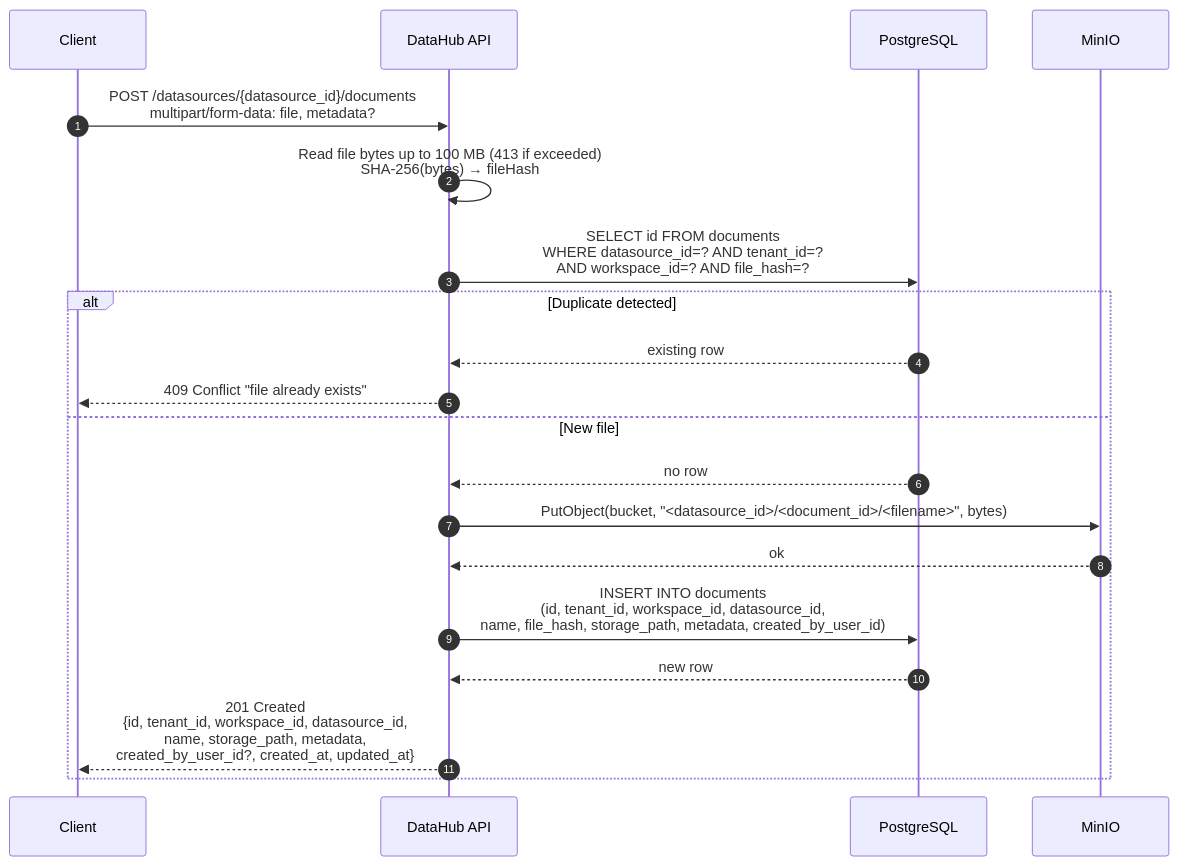
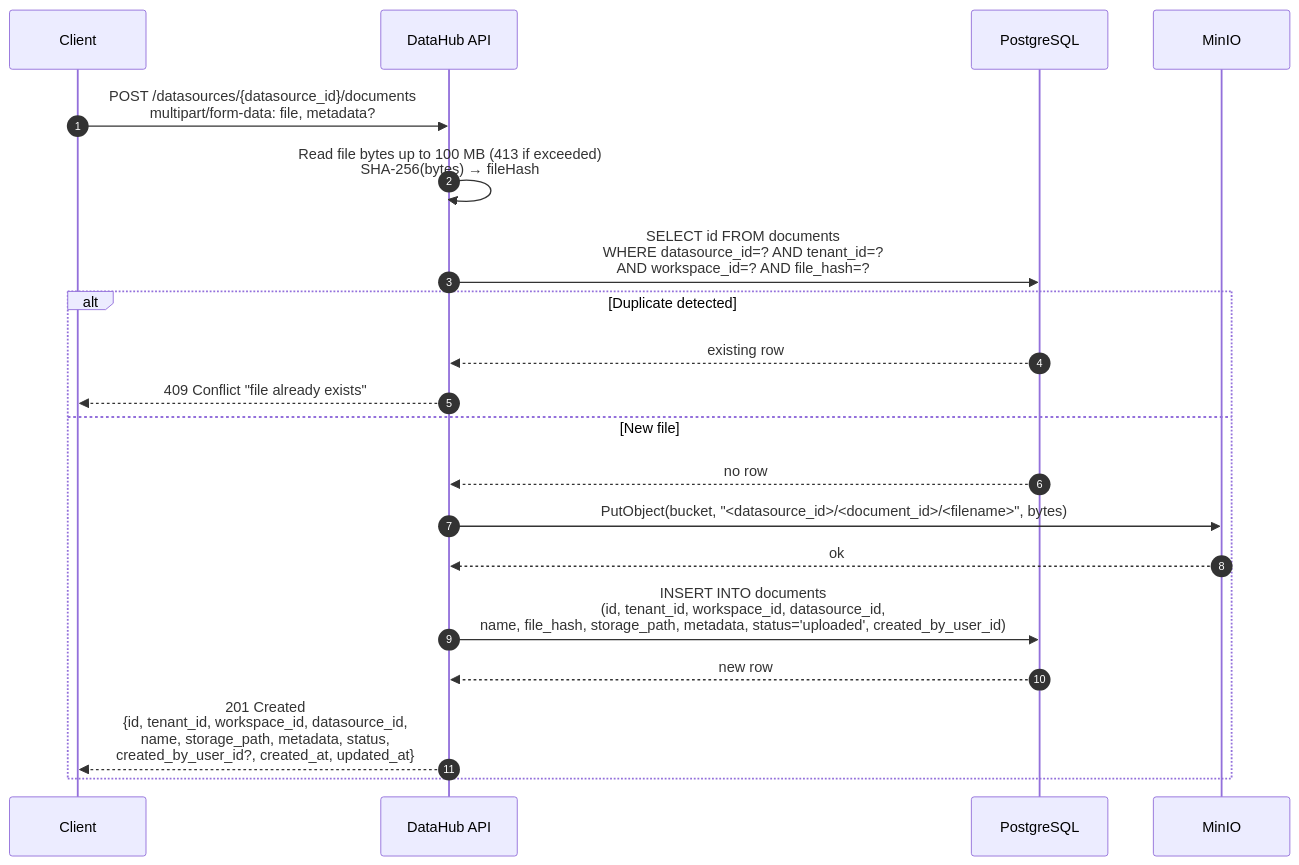
The third of 11 diagrams in docs/architecture/datahub/sequence.md (Andrew-Bu1/Agent-Platform), drawn with Mermaid before and after one commit. The commit also changed other lines of this file and 9 other files, not shown here.

First line of the commit message:
fix(datahub): align schema, models, repos, and docs with actual column names

````diff
--- a/docs/architecture/datahub/sequence.md
+++ b/docs/architecture/datahub/sequence.md
@@ -231,23 +231,23 @@
 ```mermaid
 sequenceDiagram
     autonumber
     participant C as Client
     participant DH as DataHub API
     participant DB as PostgreSQL
     participant Minio as MinIO
 
     C->>DH: POST /datasources/{datasource_id}/documents<br/>multipart/form-data: file, metadata?
     DH->>DH: Read file bytes up to 100 MB (413 if exceeded)<br/>SHA-256(bytes) → fileHash
     DH->>DB: SELECT id FROM documents<br/>WHERE datasource_id=? AND tenant_id=?<br/>AND workspace_id=? AND file_hash=?
     alt Duplicate detected
         DB-->>DH: existing row
         DH-->>C: 409 Conflict "file already exists"
     else New file
         DB-->>DH: no row
         DH->>Minio: PutObject(bucket, "<datasource_id>/<document_id>/<filename>", bytes)
         Minio-->>DH: ok
-        DH->>DB: INSERT INTO documents<br/>(id, tenant_id, workspace_id, datasource_id,<br/>name, file_hash, storage_path, metadata, created_by_user_id)
+        DH->>DB: INSERT INTO documents<br/>(id, tenant_id, workspace_id, datasource_id,<br/>name, file_hash, storage_path, metadata, status='uploaded', created_by_user_id)
         DB-->>DH: new row
-        DH-->>C: 201 Created<br/>{id, tenant_id, workspace_id, datasource_id,<br/>name, storage_path, metadata,<br/>created_by_user_id?, created_at, updated_at}
+        DH-->>C: 201 Created<br/>{id, tenant_id, workspace_id, datasource_id,<br/>name, storage_path, metadata, status,<br/>created_by_user_id?, created_at, updated_at}
     end
 ```
````
